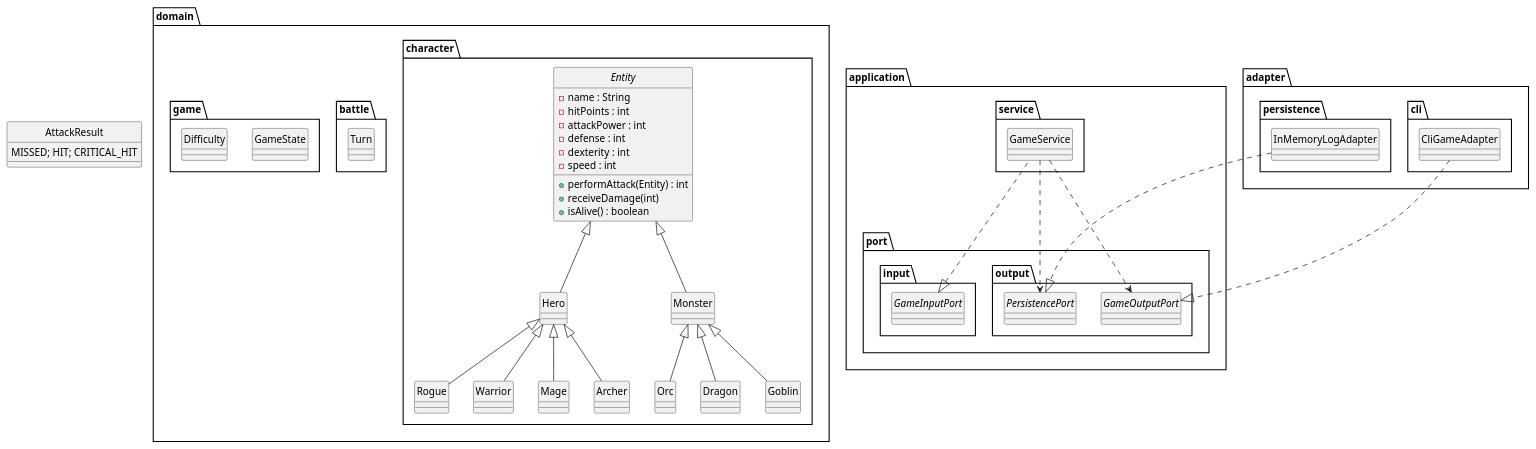
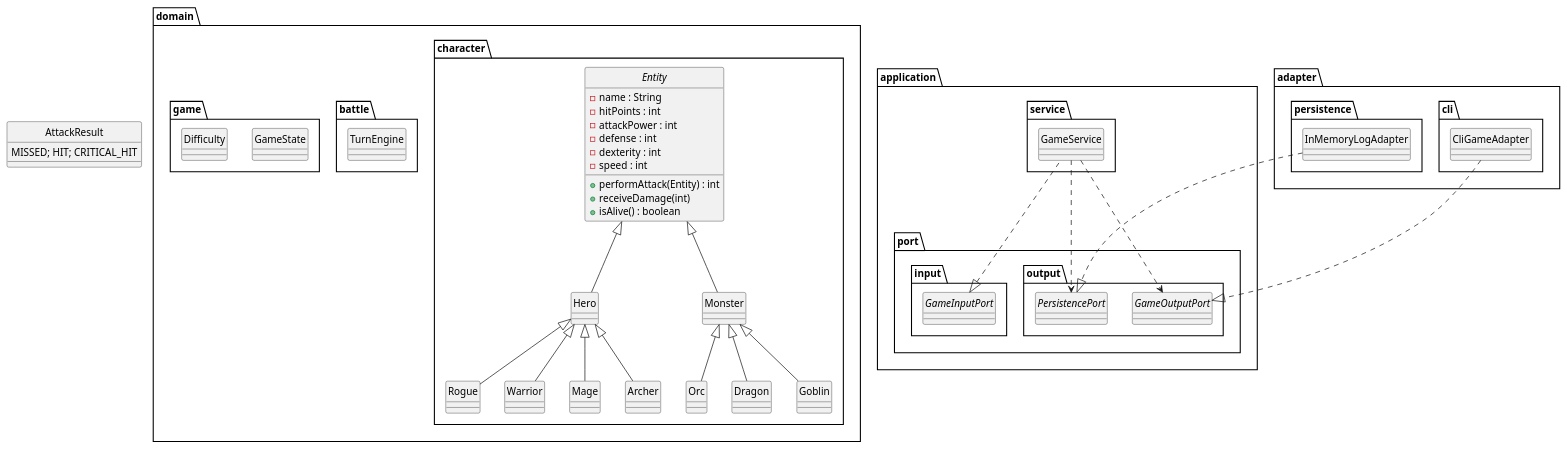
Before and after one commit to juaoantonio/class-warriors: the diagram in docs/modeling.puml, drawn with PlantUML. The commit also changed 6 other files, not shown here.

```diff
--- a/docs/modeling.puml
+++ b/docs/modeling.puml
@@ -1,69 +1,69 @@
 @startuml
 skinparam style strictuml
 
 package "domain.character" {
     abstract class Entity {
         -name : String
         -hitPoints : int
         -attackPower : int
         -defense : int
         -dexterity : int
         -speed : int
         +performAttack(Entity) : int
         +receiveDamage(int)
         +isAlive() : boolean
     }
 
     class Hero
     class Monster
     Entity <|-- Hero
     Entity <|-- Monster
 
     Hero <|-- Warrior
     Hero <|-- Mage
     Hero <|-- Archer
     Hero <|-- Rogue
     Monster <|-- Goblin
     Monster <|-- Orc
     Monster <|-- Dragon
 }
 
 enum AttackResult {
 MISSED; HIT; CRITICAL_HIT
 }
 
 package domain.battle {
-    class Turn
+    class TurnEngine
 }
 
 package domain.game {
     class GameState
     enum Difficulty
 }
 
 package application.port.input {
     interface GameInputPort
 }
 
 package application.port.output {
     interface GameOutputPort
     interface PersistencePort
 }
 
 package application.service {
     class GameService
     GameInputPort <|.. GameService
     GameService ..> GameOutputPort
     GameService ..> PersistencePort
 }
 
 package adapter.cli {
     class CliGameAdapter
     CliGameAdapter ..|> GameOutputPort
 }
 
 package adapter.persistence {
     class InMemoryLogAdapter
     InMemoryLogAdapter ..|> PersistencePort
 }
 @enduml
```
